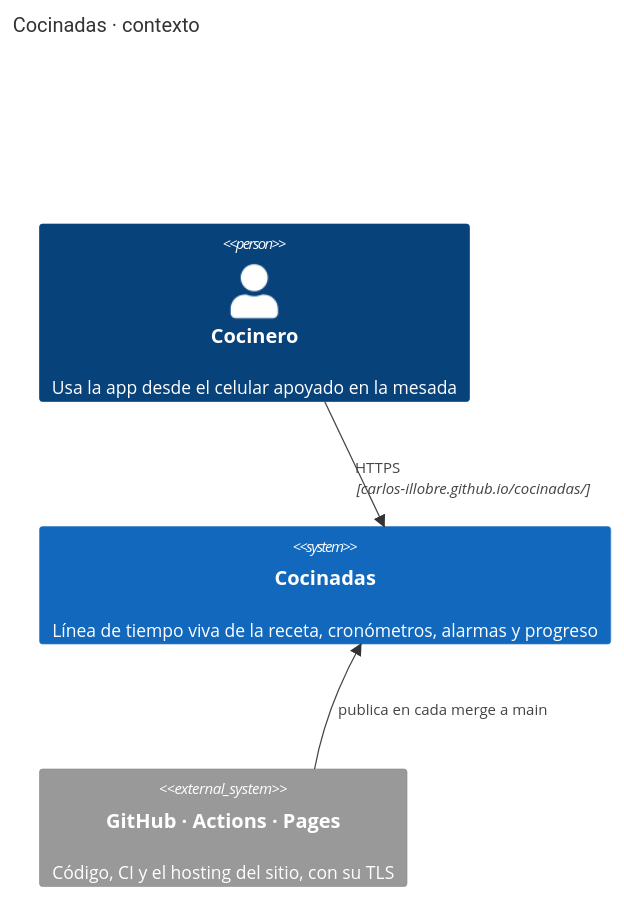
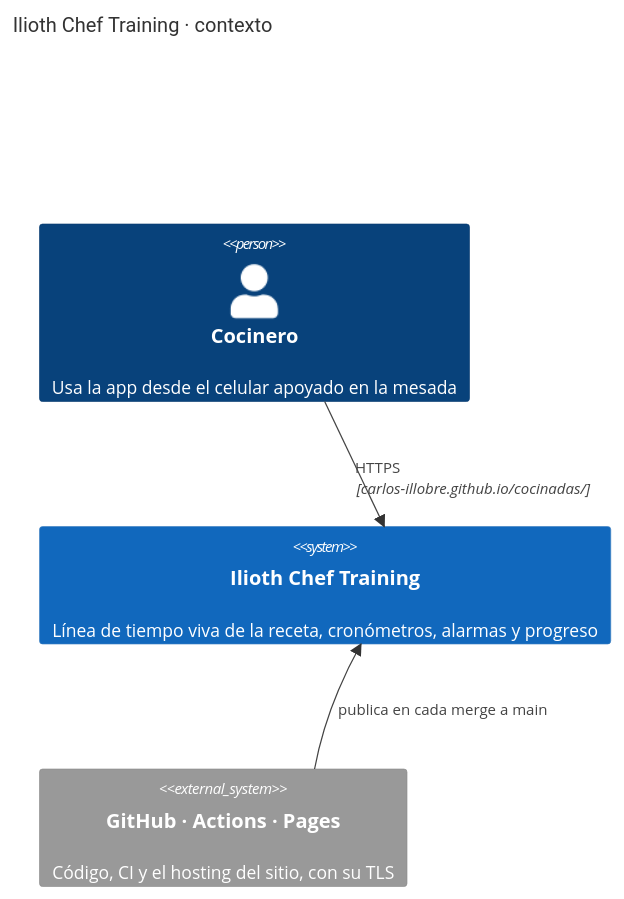
Before and after one commit to carlos-illobre/cocinadas: the first of 4 diagrams in docs/ARCHITECTURE.md, drawn with Mermaid. The commit also changed other lines of this file and 11 other files, not shown here.

First line of the commit message:
La app pasa a llamarse Ilioth Chef Training; el logotipo en Atkinson Hyperlegible

````diff
--- a/docs/ARCHITECTURE.md
+++ b/docs/ARCHITECTURE.md
@@ -21,9 +21,9 @@
 ```mermaid
 C4Context
-  title Cocinadas · contexto
+  title Ilioth Chef Training · contexto
   Person(cocinero, "Cocinero", "Usa la app desde el celular apoyado en la mesada")
-  System(cocinadas, "Cocinadas", "Línea de tiempo viva de la receta, cronómetros, alarmas y progreso")
+  System(cocinadas, "Ilioth Chef Training", "Línea de tiempo viva de la receta, cronómetros, alarmas y progreso")
   System_Ext(github, "GitHub · Actions · Pages", "Código, CI y el hosting del sitio, con su TLS")
   Rel(cocinero, cocinadas, "HTTPS", "carlos-illobre.github.io/cocinadas/")
   Rel(github, cocinadas, "publica en cada merge a main")
 ```
````
